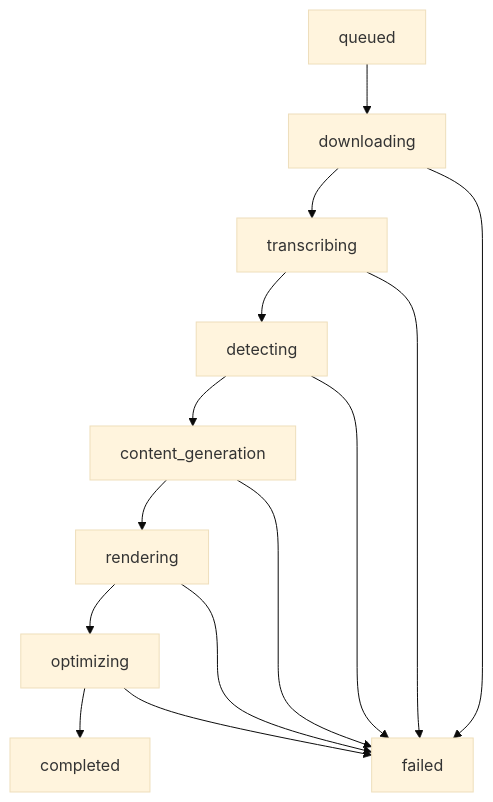
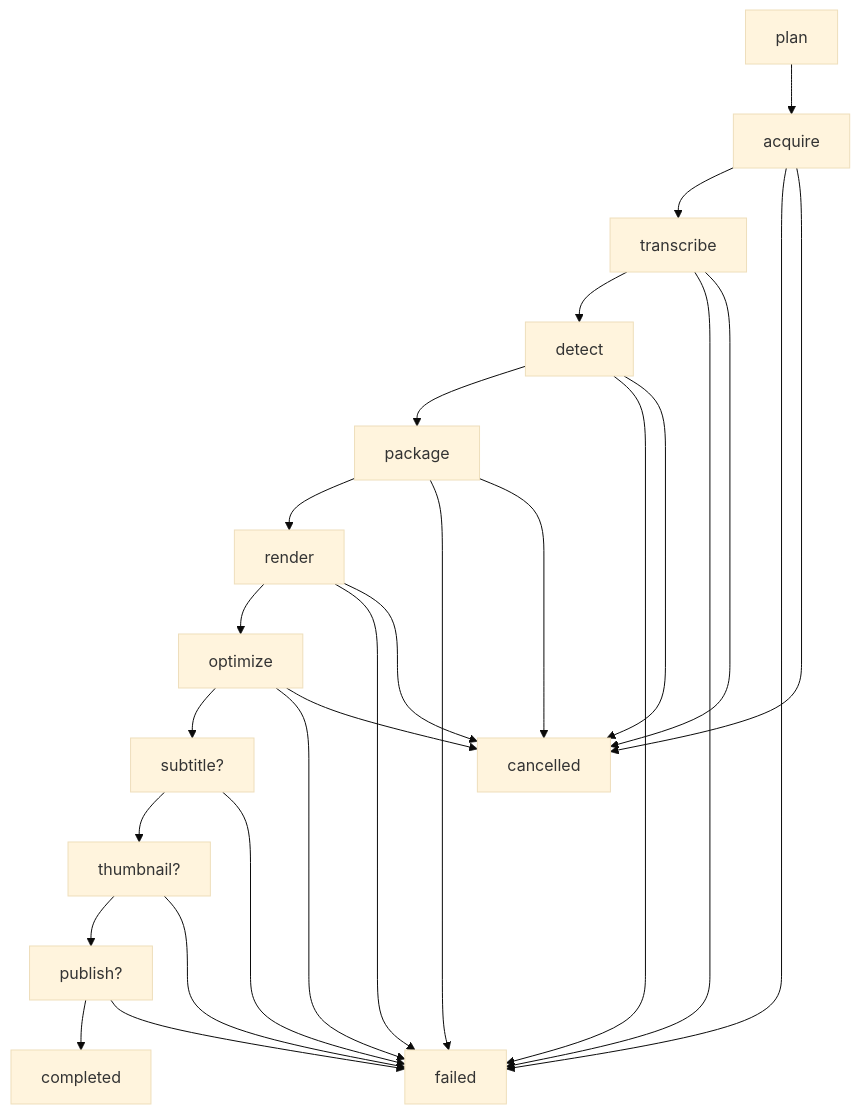
Before and after one commit to ghanendrasahu/ai-content-factory: the second of 2 diagrams in README.md, drawn with Mermaid (base theme). The commit also changed other lines of this file and 12 other files, not shown here.

Commit message:
ci+docs: frontend lint/build and hardened docker-build jobs in CI; black formatting; README with the agent-graph, publishing and job-control architecture

````diff
--- a/README.md
+++ b/README.md
@@ -25,16 +32,28 @@
 ```mermaid
 flowchart TD
-  A[queued] --> B[downloading]
-  B --> C[transcribing]
-  C --> D[detecting]
-  D --> E[content_generation]
-  E --> F[rendering]
-  F --> G[optimizing]
-  G --> H[completed]
+  A[plan] --> B[acquire]
+  B --> C[transcribe]
+  C --> D[detect]
+  D --> E[package]
+  E --> F[render]
+  F --> G[optimize]
+  G --> H[subtitle?]
+  H --> I[thumbnail?]
+  I --> J[publish?]
+  J --> K[completed]
   B --> X[failed]
   C --> X
   D --> X
   E --> X
   F --> X
   G --> X
+  H --> X
+  I --> X
+  J --> X
+  B --> Y[cancelled]
+  C --> Y
+  D --> Y
+  E --> Y
+  F --> Y
+  G --> Y
 ```
````
